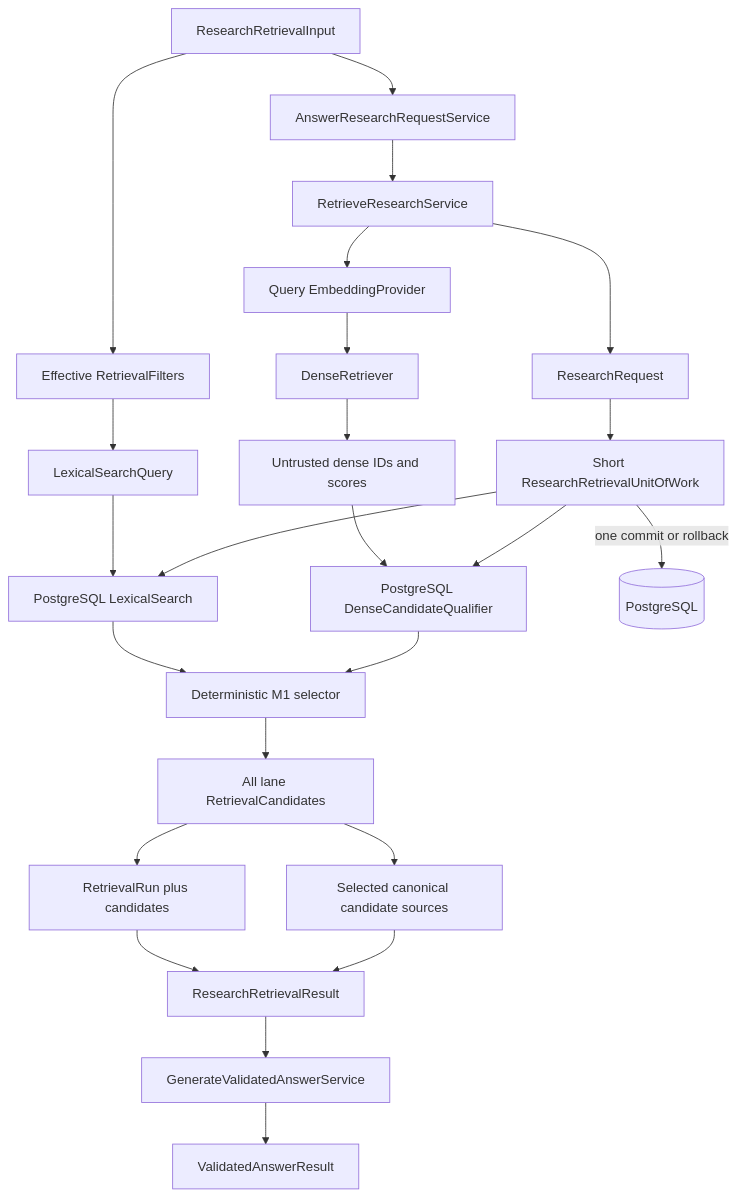
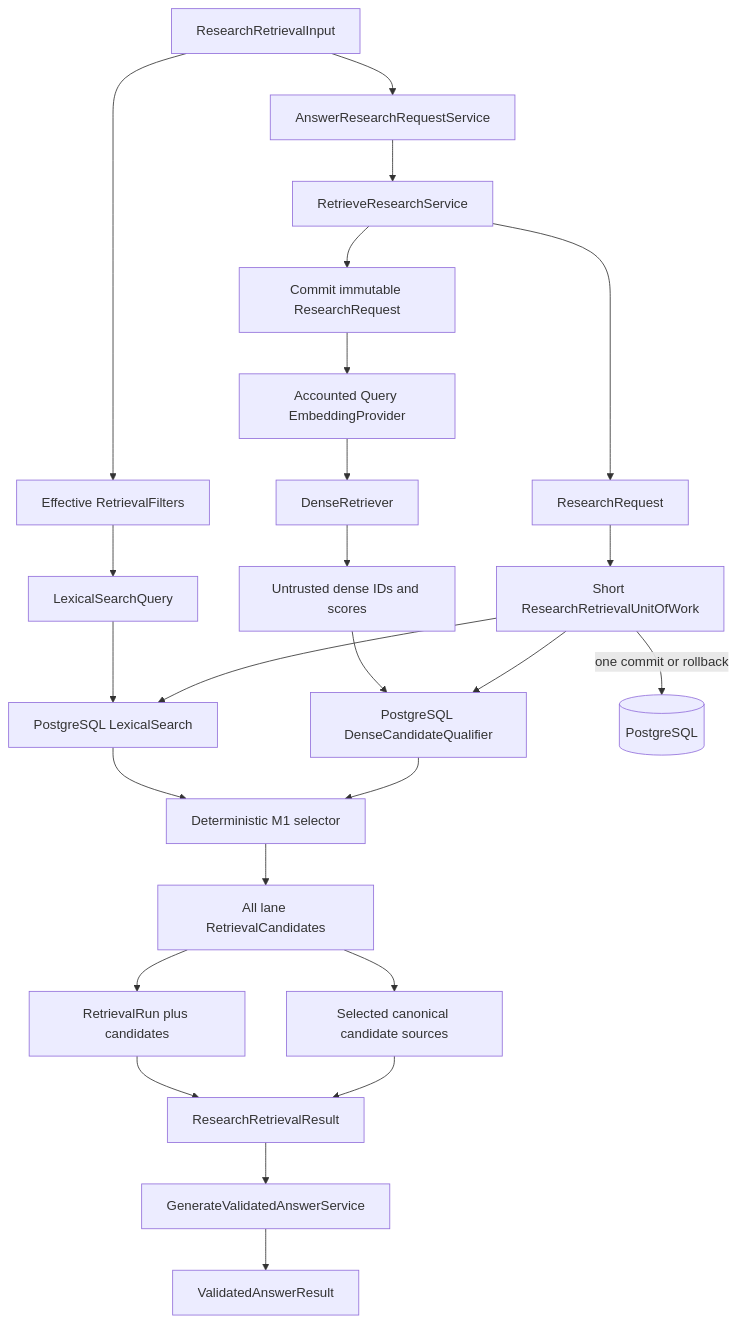
Before and after one commit to rnkraus/investment-research: the second of 5 diagrams in backend/src/investment_research/modules/research/README.md, drawn with Mermaid. The commit also changed other lines of this file and 16 other files, not shown here.

Commit message:
feat(operations): account query embedding usage

````diff
--- a/backend/src/investment_research/modules/research/README.md
+++ b/backend/src/investment_research/modules/research/README.md
@@ -45,26 +45,27 @@
 ```mermaid
 flowchart TD
     INPUT[ResearchRetrievalInput] --> USECASE[AnswerResearchRequestService]
     USECASE --> RETRIEVE[RetrieveResearchService]
     RETRIEVE --> REQUEST[ResearchRequest]
     INPUT --> FILTERS[Effective RetrievalFilters]
     FILTERS --> QUERY[LexicalSearchQuery]
-    RETRIEVE --> EMBED[Query EmbeddingProvider]
+    RETRIEVE --> REQUESTTX[Commit immutable ResearchRequest]
+    REQUESTTX --> EMBED[Accounted Query EmbeddingProvider]
     EMBED --> DENSE[DenseRetriever]
     DENSE --> PROVIDERHITS[Untrusted dense IDs and scores]
     REQUEST --> UOW[Short ResearchRetrievalUnitOfWork]
     QUERY --> LEXICAL[PostgreSQL LexicalSearch]
     UOW --> LEXICAL
     PROVIDERHITS --> QUALIFY[PostgreSQL DenseCandidateQualifier]
     UOW --> QUALIFY
     LEXICAL --> SELECT[Deterministic M1 selector]
     QUALIFY --> SELECT
     SELECT --> CANDIDATES[All lane RetrievalCandidates]
     CANDIDATES --> RUN[RetrievalRun plus candidates]
     CANDIDATES --> SOURCES[Selected canonical candidate sources]
     UOW -->|one commit or rollback| PG[(PostgreSQL)]
     RUN --> RESULT[ResearchRetrievalResult]
     SOURCES --> RESULT
     RESULT --> GENERATE[GenerateValidatedAnswerService]
     GENERATE --> OUTPUT[ValidatedAnswerResult]
 ```
````
